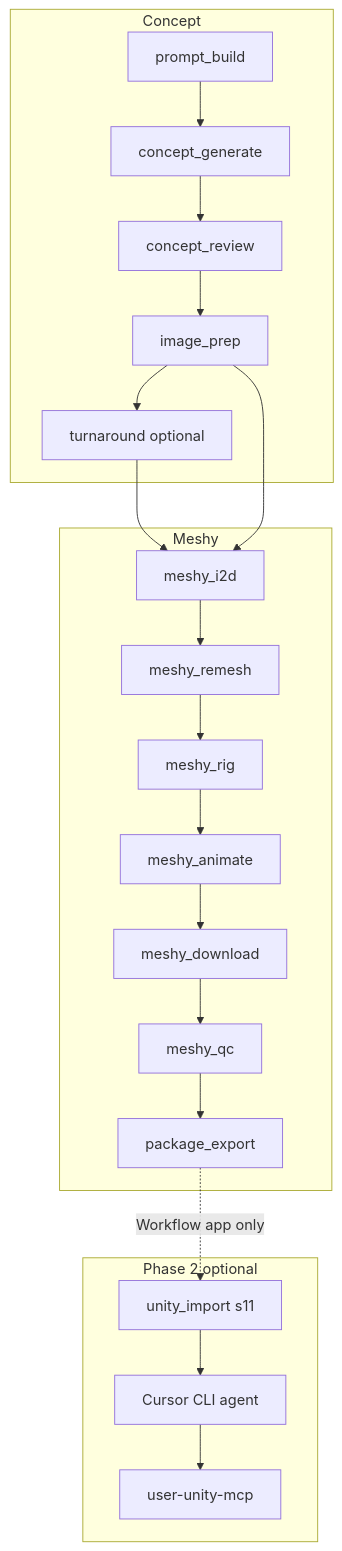
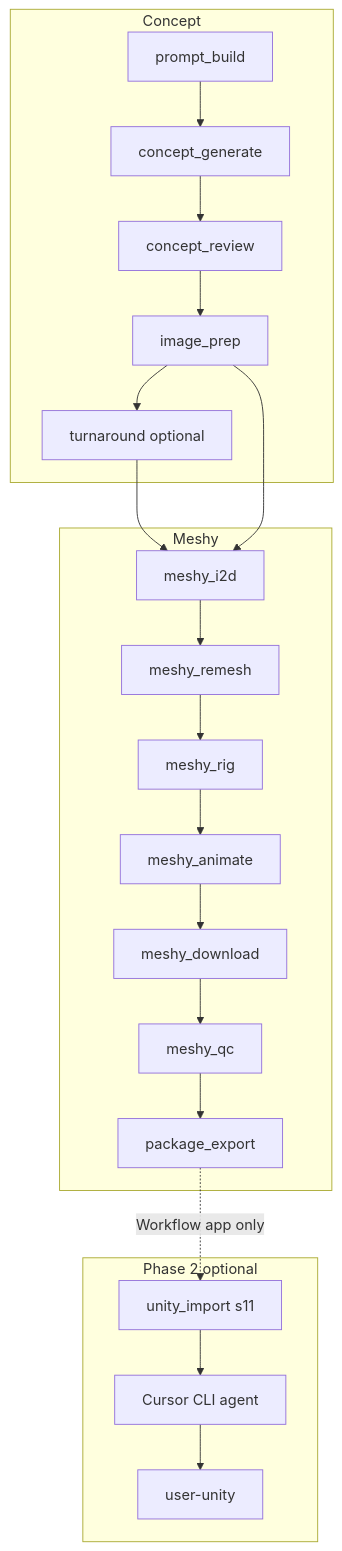
Before and after one commit to EazyTom/asset-assembly-automator: the diagram in ASSET-ASSEMBLY-AUTOMATOR.md, drawn with Mermaid. The commit also changed other lines of this file and 68 other files, not shown here.

Commit message:
v2.0.2 - characters, aircraft and vehicles - auto rigging aircraft and characters to work in Unity scene using scripts and MCP

````diff
--- a/ASSET-ASSEMBLY-AUTOMATOR.md
+++ b/ASSET-ASSEMBLY-AUTOMATOR.md
@@ -46,30 +58,30 @@
 ```mermaid
 flowchart TD
     subgraph concept [Concept]
         PB[prompt_build]
         CG[concept_generate]
         CR[concept_review]
         IP[image_prep]
         TA[turnaround optional]
     end
     subgraph meshy [Meshy]
         I2D[meshy_i2d]
         RM[meshy_remesh]
         RG[meshy_rig]
         AN[meshy_animate]
         DL[meshy_download]
         QC[meshy_qc]
         ZIP[package_export]
     end
     subgraph phase2 [Phase 2 optional]
         UI[unity_import s11]
         CUR[Cursor CLI agent]
-        MCP[user-unity-mcp]
+        MCP[user-unity]
     end
     PB --> CG --> CR --> IP
     IP --> TA --> I2D
     IP --> I2D
     I2D --> RM --> RG --> AN --> DL --> QC --> ZIP
     ZIP -.->|Workflow app only| UI
     UI --> CUR --> MCP
 ```
````
